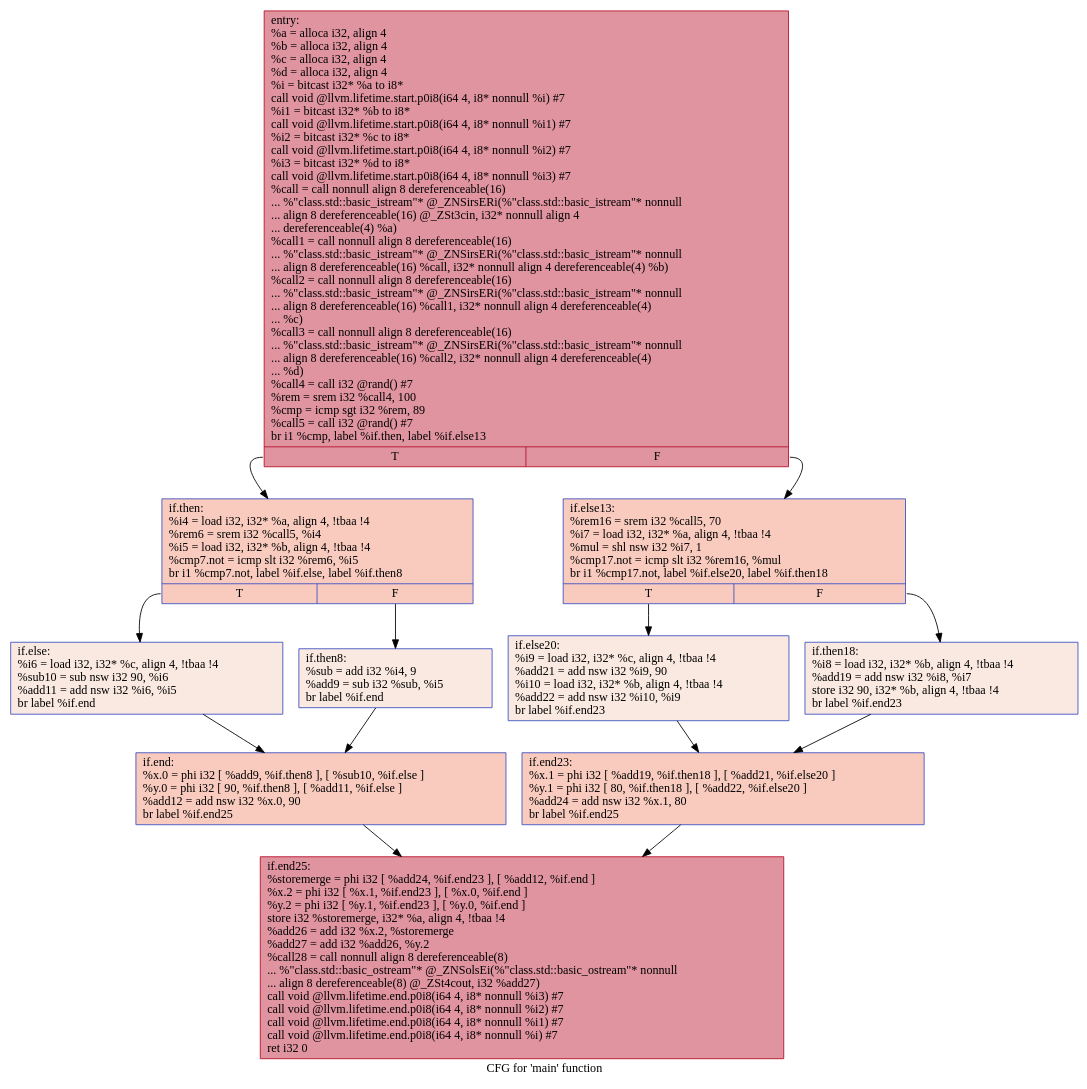
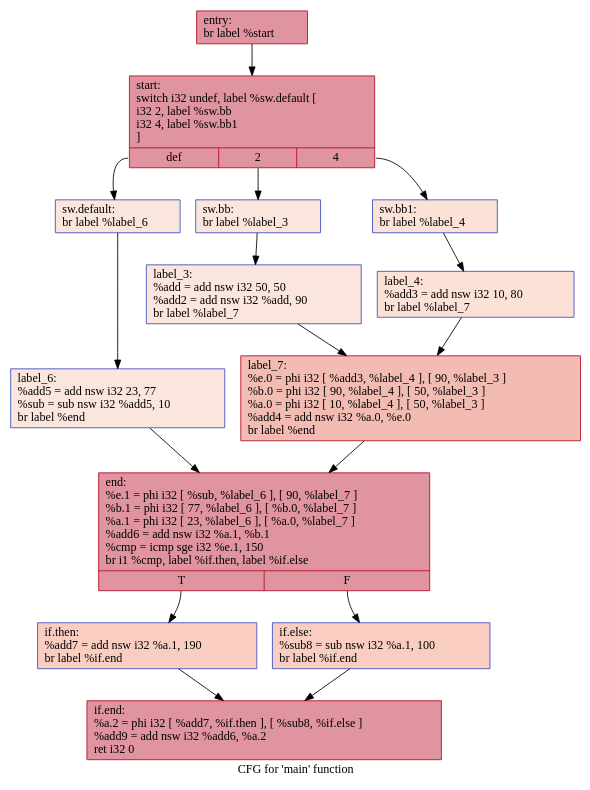
The diagram in IR/cfg/removeHPSSA.dot (HPSSA-LLVM/HPSSA-LLVM), drawn with Graphviz before and after one commit. The commit also changed 67 other files, not shown here.

```diff
--- a/IR/cfg/removeHPSSA.dot
+++ b/IR/cfg/removeHPSSA.dot
@@ -1,26 +1,32 @@
 digraph "CFG for 'main' function" {
 	label="CFG for 'main' function";
 
-	Node0x5574f82aa7d0 [shape=record,color="#b70d28ff", style=filled, fillcolor="#b70d2870",label="{entry:\l  %a = alloca i32, align 4\l  %b = alloca i32, align 4\l  %c = alloca i32, align 4\l  %d = alloca i32, align 4\l  %i = bitcast i32* %a to i8*\l  call void @llvm.lifetime.start.p0i8(i64 4, i8* nonnull %i) #7\l  %i1 = bitcast i32* %b to i8*\l  call void @llvm.lifetime.start.p0i8(i64 4, i8* nonnull %i1) #7\l  %i2 = bitcast i32* %c to i8*\l  call void @llvm.lifetime.start.p0i8(i64 4, i8* nonnull %i2) #7\l  %i3 = bitcast i32* %d to i8*\l  call void @llvm.lifetime.start.p0i8(i64 4, i8* nonnull %i3) #7\l  %call = call nonnull align 8 dereferenceable(16)\l... %\"class.std::basic_istream\"* @_ZNSirsERi(%\"class.std::basic_istream\"* nonnull\l... align 8 dereferenceable(16) @_ZSt3cin, i32* nonnull align 4\l... dereferenceable(4) %a)\l  %call1 = call nonnull align 8 dereferenceable(16)\l... %\"class.std::basic_istream\"* @_ZNSirsERi(%\"class.std::basic_istream\"* nonnull\l... align 8 dereferenceable(16) %call, i32* nonnull align 4 dereferenceable(4) %b)\l  %call2 = call nonnull align 8 dereferenceable(16)\l... %\"class.std::basic_istream\"* @_ZNSirsERi(%\"class.std::basic_istream\"* nonnull\l... align 8 dereferenceable(16) %call1, i32* nonnull align 4 dereferenceable(4)\l... %c)\l  %call3 = call nonnull align 8 dereferenceable(16)\l... %\"class.std::basic_istream\"* @_ZNSirsERi(%\"class.std::basic_istream\"* nonnull\l... align 8 dereferenceable(16) %call2, i32* nonnull align 4 dereferenceable(4)\l... %d)\l  %call4 = call i32 @rand() #7\l  %rem = srem i32 %call4, 100\l  %cmp = icmp sgt i32 %rem, 89\l  %call5 = call i32 @rand() #7\l  br i1 %cmp, label %if.then, label %if.else13\l|{<s0>T|<s1>F}}"];
-	Node0x5574f82aa7d0:s0 -> Node0x5574f82ac060;
-	Node0x5574f82aa7d0:s1 -> Node0x5574f82ac130;
-	Node0x5574f82ac060 [shape=record,color="#3d50c3ff", style=filled, fillcolor="#ef886b70",label="{if.then:                                          \l  %i4 = load i32, i32* %a, align 4, !tbaa !4\l  %rem6 = srem i32 %call5, %i4\l  %i5 = load i32, i32* %b, align 4, !tbaa !4\l  %cmp7.not = icmp slt i32 %rem6, %i5\l  br i1 %cmp7.not, label %if.else, label %if.then8\l|{<s0>T|<s1>F}}"];
-	Node0x5574f82ac060:s0 -> Node0x5574f82ad6a0;
-	Node0x5574f82ac060:s1 -> Node0x5574f82ad710;
-	Node0x5574f82ad710 [shape=record,color="#3d50c3ff", style=filled, fillcolor="#f1ccb870",label="{if.then8:                                         \l  %sub = add i32 %i4, 9\l  %add9 = sub i32 %sub, %i5\l  br label %if.end\l}"];
-	Node0x5574f82ad710 -> Node0x5574f82add50;
-	Node0x5574f82ad6a0 [shape=record,color="#3d50c3ff", style=filled, fillcolor="#f1ccb870",label="{if.else:                                          \l  %i6 = load i32, i32* %c, align 4, !tbaa !4\l  %sub10 = sub nsw i32 90, %i6\l  %add11 = add nsw i32 %i6, %i5\l  br label %if.end\l}"];
-	Node0x5574f82ad6a0 -> Node0x5574f82add50;
-	Node0x5574f82add50 [shape=record,color="#3d50c3ff", style=filled, fillcolor="#ef886b70",label="{if.end:                                           \l  %x.0 = phi i32 [ %add9, %if.then8 ], [ %sub10, %if.else ]\l  %y.0 = phi i32 [ 90, %if.then8 ], [ %add11, %if.else ]\l  %add12 = add nsw i32 %x.0, 90\l  br label %if.end25\l}"];
-	Node0x5574f82add50 -> Node0x5574f82ae250;
-	Node0x5574f82ac130 [shape=record,color="#3d50c3ff", style=filled, fillcolor="#ef886b70",label="{if.else13:                                        \l  %rem16 = srem i32 %call5, 70\l  %i7 = load i32, i32* %a, align 4, !tbaa !4\l  %mul = shl nsw i32 %i7, 1\l  %cmp17.not = icmp slt i32 %rem16, %mul\l  br i1 %cmp17.not, label %if.else20, label %if.then18\l|{<s0>T|<s1>F}}"];
-	Node0x5574f82ac130:s0 -> Node0x5574f82aee90;
-	Node0x5574f82ac130:s1 -> Node0x5574f82aef10;
-	Node0x5574f82aef10 [shape=record,color="#3d50c3ff", style=filled, fillcolor="#f1ccb870",label="{if.then18:                                        \l  %i8 = load i32, i32* %b, align 4, !tbaa !4\l  %add19 = add nsw i32 %i8, %i7\l  store i32 90, i32* %b, align 4, !tbaa !4\l  br label %if.end23\l}"];
-	Node0x5574f82aef10 -> Node0x5574f82af270;
-	Node0x5574f82aee90 [shape=record,color="#3d50c3ff", style=filled, fillcolor="#f1ccb870",label="{if.else20:                                        \l  %i9 = load i32, i32* %c, align 4, !tbaa !4\l  %add21 = add nsw i32 %i9, 90\l  %i10 = load i32, i32* %b, align 4, !tbaa !4\l  %add22 = add nsw i32 %i10, %i9\l  br label %if.end23\l}"];
-	Node0x5574f82aee90 -> Node0x5574f82af270;
-	Node0x5574f82af270 [shape=record,color="#3d50c3ff", style=filled, fillcolor="#ef886b70",label="{if.end23:                                         \l  %x.1 = phi i32 [ %add19, %if.then18 ], [ %add21, %if.else20 ]\l  %y.1 = phi i32 [ 80, %if.then18 ], [ %add22, %if.else20 ]\l  %add24 = add nsw i32 %x.1, 80\l  br label %if.end25\l}"];
-	Node0x5574f82af270 -> Node0x5574f82ae250;
-	Node0x5574f82ae250 [shape=record,color="#b70d28ff", style=filled, fillcolor="#b70d2870",label="{if.end25:                                         \l  %storemerge = phi i32 [ %add24, %if.end23 ], [ %add12, %if.end ]\l  %x.2 = phi i32 [ %x.1, %if.end23 ], [ %x.0, %if.end ]\l  %y.2 = phi i32 [ %y.1, %if.end23 ], [ %y.0, %if.end ]\l  store i32 %storemerge, i32* %a, align 4, !tbaa !4\l  %add26 = add i32 %x.2, %storemerge\l  %add27 = add i32 %add26, %y.2\l  %call28 = call nonnull align 8 dereferenceable(8)\l... %\"class.std::basic_ostream\"* @_ZNSolsEi(%\"class.std::basic_ostream\"* nonnull\l... align 8 dereferenceable(8) @_ZSt4cout, i32 %add27)\l  call void @llvm.lifetime.end.p0i8(i64 4, i8* nonnull %i3) #7\l  call void @llvm.lifetime.end.p0i8(i64 4, i8* nonnull %i2) #7\l  call void @llvm.lifetime.end.p0i8(i64 4, i8* nonnull %i1) #7\l  call void @llvm.lifetime.end.p0i8(i64 4, i8* nonnull %i) #7\l  ret i32 0\l}"];
+	Node0x56161f434ac0 [shape=record,color="#b70d28ff", style=filled, fillcolor="#b70d2870",label="{entry:\l  br label %start\l}"];
+	Node0x56161f434ac0 -> Node0x56161f434bf0;
+	Node0x56161f434bf0 [shape=record,color="#b70d28ff", style=filled, fillcolor="#b70d2870",label="{start:                                            \l  switch i32 undef, label %sw.default [\l    i32 2, label %sw.bb\l    i32 4, label %sw.bb1\l  ]\l|{<s0>def|<s1>2|<s2>4}}"];
+	Node0x56161f434bf0:s0 -> Node0x56161f435100;
+	Node0x56161f434bf0:s1 -> Node0x56161f435180;
+	Node0x56161f434bf0:s2 -> Node0x56161f435220;
+	Node0x56161f435180 [shape=record,color="#3d50c3ff", style=filled, fillcolor="#f3c7b170",label="{sw.bb:                                            \l  br label %label_3\l}"];
+	Node0x56161f435180 -> Node0x56161f4353b0;
+	Node0x56161f435220 [shape=record,color="#3d50c3ff", style=filled, fillcolor="#f7bca170",label="{sw.bb1:                                           \l  br label %label_4\l}"];
+	Node0x56161f435220 -> Node0x56161f435490;
+	Node0x56161f435100 [shape=record,color="#3d50c3ff", style=filled, fillcolor="#f3c7b170",label="{sw.default:                                       \l  br label %label_6\l}"];
+	Node0x56161f435100 -> Node0x56161f435570;
+	Node0x56161f4353b0 [shape=record,color="#3d50c3ff", style=filled, fillcolor="#f3c7b170",label="{label_3:                                          \l  %add = add nsw i32 50, 50\l  %add2 = add nsw i32 %add, 90\l  br label %label_7\l}"];
+	Node0x56161f4353b0 -> Node0x56161f435810;
+	Node0x56161f435490 [shape=record,color="#3d50c3ff", style=filled, fillcolor="#f7bca170",label="{label_4:                                          \l  %add3 = add nsw i32 10, 80\l  br label %label_7\l}"];
+	Node0x56161f435490 -> Node0x56161f435810;
+	Node0x56161f435810 [shape=record,color="#b70d28ff", style=filled, fillcolor="#e1675170",label="{label_7:                                          \l  %e.0 = phi i32 [ %add3, %label_4 ], [ 90, %label_3 ]\l  %b.0 = phi i32 [ 90, %label_4 ], [ 50, %label_3 ]\l  %a.0 = phi i32 [ 10, %label_4 ], [ 50, %label_3 ]\l  %add4 = add nsw i32 %a.0, %e.0\l  br label %end\l}"];
+	Node0x56161f435810 -> Node0x56161f435e70;
+	Node0x56161f435570 [shape=record,color="#3d50c3ff", style=filled, fillcolor="#f3c7b170",label="{label_6:                                          \l  %add5 = add nsw i32 23, 77\l  %sub = sub nsw i32 %add5, 10\l  br label %end\l}"];
+	Node0x56161f435570 -> Node0x56161f435e70;
+	Node0x56161f435e70 [shape=record,color="#b70d28ff", style=filled, fillcolor="#b70d2870",label="{end:                                              \l  %e.1 = phi i32 [ %sub, %label_6 ], [ 90, %label_7 ]\l  %b.1 = phi i32 [ 77, %label_6 ], [ %b.0, %label_7 ]\l  %a.1 = phi i32 [ 23, %label_6 ], [ %a.0, %label_7 ]\l  %add6 = add nsw i32 %a.1, %b.1\l  %cmp = icmp sge i32 %e.1, 150\l  br i1 %cmp, label %if.then, label %if.else\l|{<s0>T|<s1>F}}"];
+	Node0x56161f435e70:s0 -> Node0x56161f436520;
+	Node0x56161f435e70:s1 -> Node0x56161f436910;
+	Node0x56161f436520 [shape=record,color="#3d50c3ff", style=filled, fillcolor="#f2907270",label="{if.then:                                          \l  %add7 = add nsw i32 %a.1, 190\l  br label %if.end\l}"];
+	Node0x56161f436520 -> Node0x56161f436b70;
+	Node0x56161f436910 [shape=record,color="#3d50c3ff", style=filled, fillcolor="#f2907270",label="{if.else:                                          \l  %sub8 = sub nsw i32 %a.1, 100\l  br label %if.end\l}"];
+	Node0x56161f436910 -> Node0x56161f436b70;
+	Node0x56161f436b70 [shape=record,color="#b70d28ff", style=filled, fillcolor="#b70d2870",label="{if.end:                                           \l  %a.2 = phi i32 [ %add7, %if.then ], [ %sub8, %if.else ]\l  %add9 = add nsw i32 %add6, %a.2\l  ret i32 0\l}"];
 }
```
